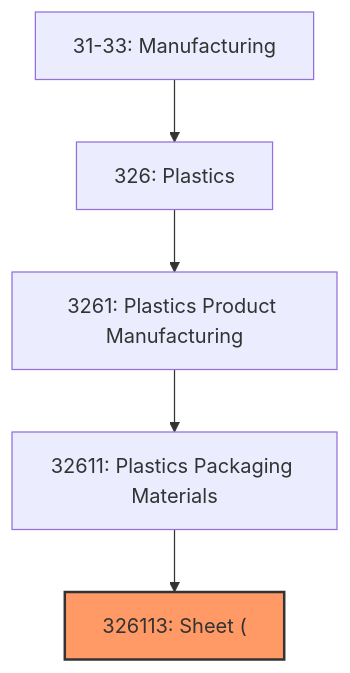
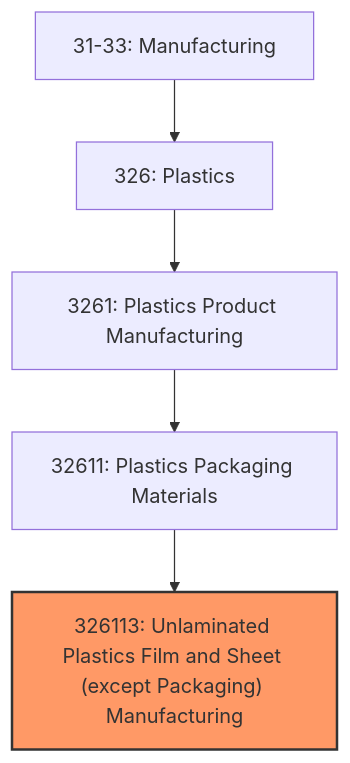
The first of 3 diagrams in industries/Manufacturing/Plastics/PlasticsProductManufacturing/PlasticsPackagingMaterials/Sheet.mdx (kziemski/business.org.ai), drawn with Mermaid before and after one commit. The commit also changed other lines of this file and 67418 other files, not shown here.

````diff
--- a/industries/Manufacturing/Plastics/PlasticsProductManufacturing/PlasticsPackagingMaterials/Sheet.mdx
+++ b/industries/Manufacturing/Plastics/PlasticsProductManufacturing/PlasticsPackagingMaterials/Sheet.mdx
@@ -22,9 +21,9 @@
 ```mermaid
 graph TD
     S31["31-33: Manufacturing"]
     S31 --> N326["326: Plastics"]
     N326 --> N3261["3261: Plastics Product Manufacturing"]
     N3261 --> N32611["32611: Plastics Packaging Materials"]
-    N32611 --> N326113["326113: Sheet ("]
+    N32611 --> N326113["326113: Unlaminated Plastics Film and Sheet (except Packaging) Manufacturing"]
     style N326113 fill:#f96,stroke:#333,stroke-width:2px
 ```
````
